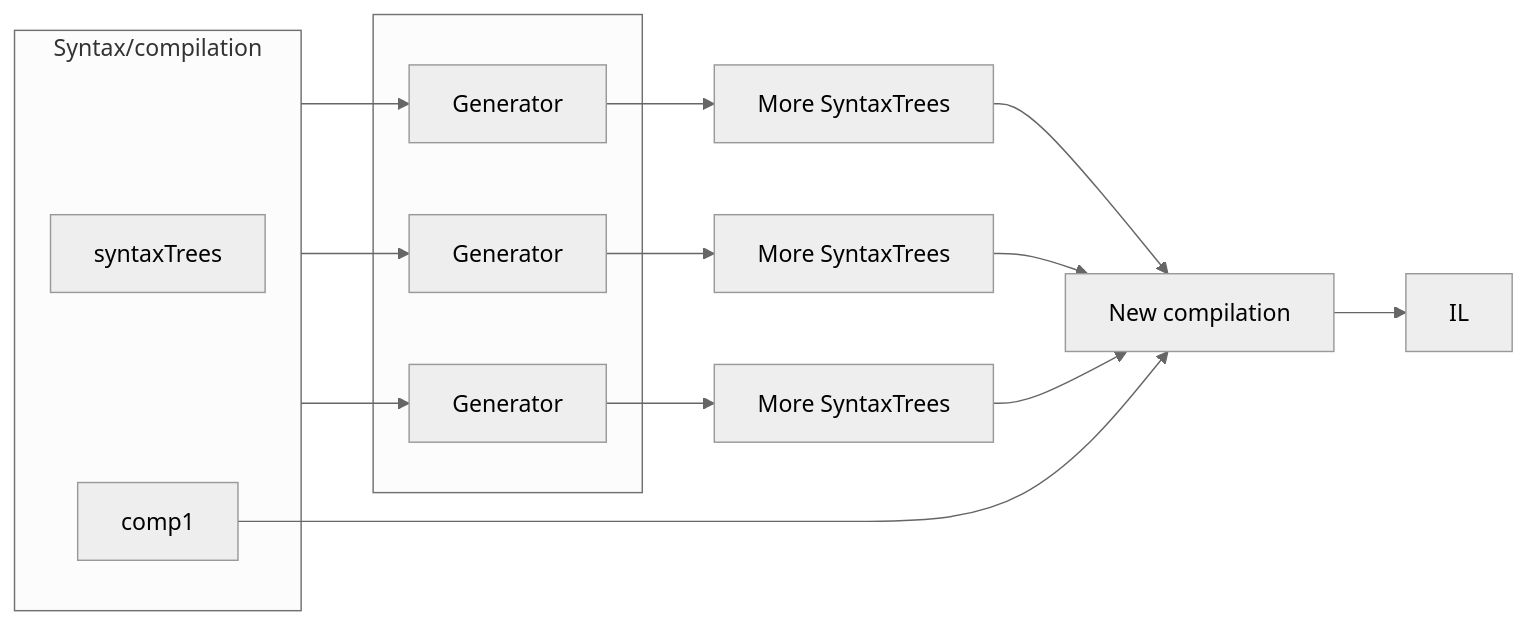
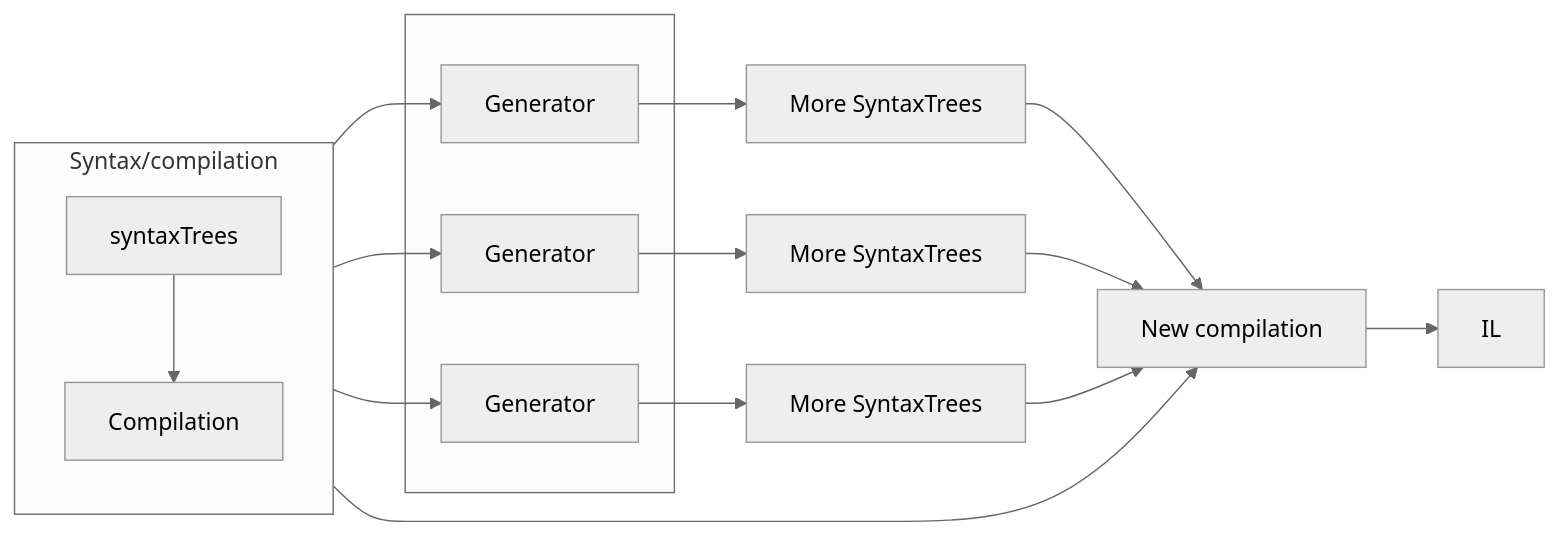
Before and after one commit to KathleenDollard/incremental-samples: the fifth of 7 diagrams in docs/overview.md, drawn with Mermaid (neutral theme). The commit also changed other lines of this file and 15 other files, not shown here.

````diff
--- a/docs/overview.md
+++ b/docs/overview.md
@@ -60,17 +70,17 @@
 ```mermaid
 flowchart LR
     subgraph generators[ ]
         gen1[Generator]
         gen2[Generator]
         gen3[Generator]
     end
-    subgraph syntaxAndCompilation[Syntax/compilation]
-      syntaxTrees
-      comp1
+    subgraph syntaxAndCompilation [Syntax/compilation]
+     direction TB
+     syntaxTrees-->comp1[Compilation]
     end
     syntaxAndCompilation-->gen1[Generator]-->more1[More SyntaxTrees]-->comp2[New compilation]
     syntaxAndCompilation-->gen2[Generator]-->more2[More SyntaxTrees]-->comp2
     syntaxAndCompilation-->gen3[Generator]-->more3[More SyntaxTrees]-->comp2
     comp1-->comp2
     comp2-->IL
 ```
````
